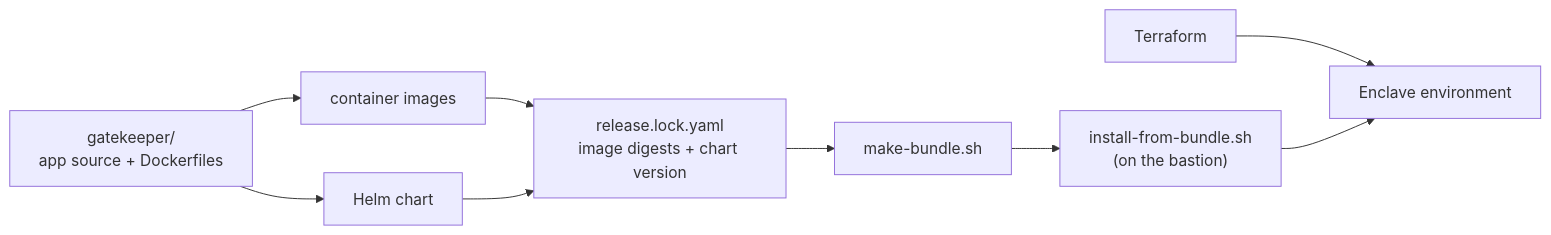
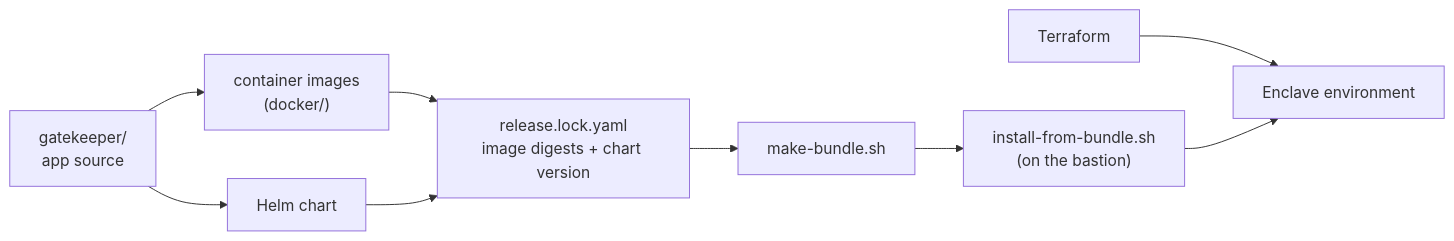
One commit to ghantasala-sr/GateKeeper-enclave changed the second of 2 diagrams in README.md. Above: the diagram before and after it, drawn with Mermaid. The commit also changed other lines of this file and 4 other files, not shown here.

First line of the commit message:
Move Dockerfiles to a top-level docker/ folder

````diff
--- a/README.md
+++ b/README.md
@@ -70,8 +70,8 @@
 ```mermaid
 flowchart LR
-    SRC["gatekeeper/<br/>app source + Dockerfiles"] --> IMG["container images"] & CHART["Helm chart"]
+    SRC["gatekeeper/<br/>app source"] --> IMG["container images<br/>(docker/)"] & CHART["Helm chart"]
     IMG & CHART --> LOCK["release.lock.yaml<br/>image digests + chart version"]
     LOCK --> BUNDLE["make-bundle.sh"] --> INSTALL["install-from-bundle.sh<br/>(on the bastion)"]
     TF["Terraform"] --> ENV["Enclave environment"]
     INSTALL --> ENV
 ```
````
